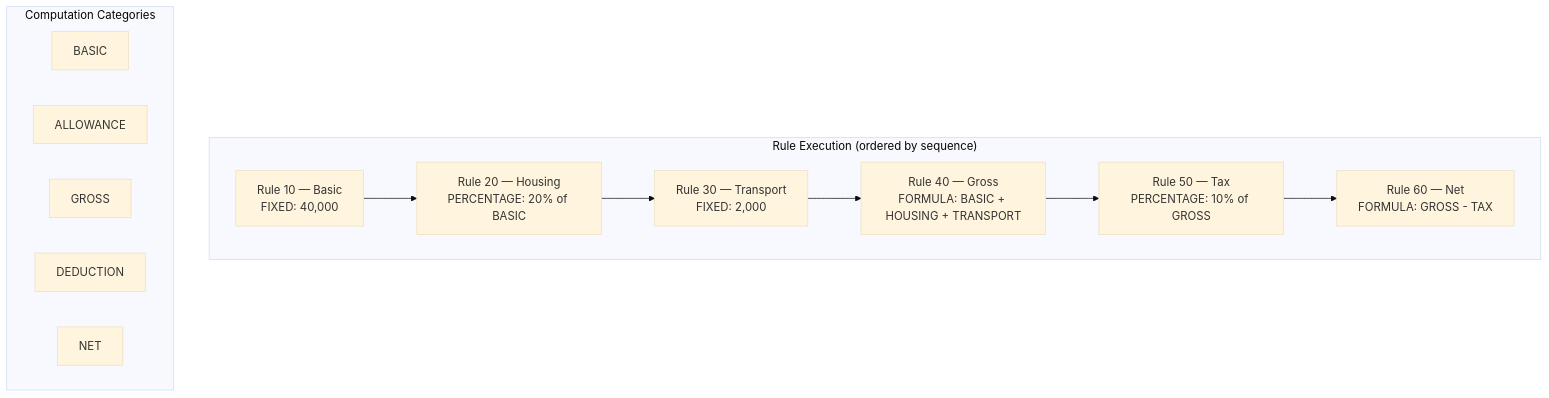
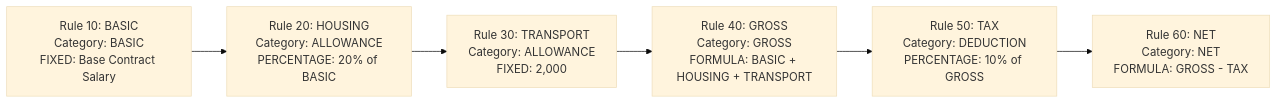
One commit to Parthparmar57/team_49_odoo_grand_final_hackathon changed the fifth of 6 diagrams in README.md. Above: the diagram before and after it, drawn with Mermaid (base theme). The commit also changed other lines of this file and 1 other file, not shown here.

````diff
--- a/README.md
+++ b/README.md
@@ -195,21 +184,8 @@
 ```mermaid
-flowchart TD
-    subgraph "Rule Execution (ordered by sequence)"
-        R1["Rule 10 — Basic<br/>FIXED: 40,000"]
-        R2["Rule 20 — Housing<br/>PERCENTAGE: 20% of BASIC"]
-        R3["Rule 30 — Transport<br/>FIXED: 2,000"]
-        R4["Rule 40 — Gross<br/>FORMULA: BASIC + HOUSING + TRANSPORT"]
-        R5["Rule 50 — Tax<br/>PERCENTAGE: 10% of GROSS"]
-        R6["Rule 60 — Net<br/>FORMULA: GROSS - TAX"]
-    end
-
-    R1 --> R2 --> R3 --> R4 --> R5 --> R6
-
-    subgraph "Computation Categories"
-        C1["BASIC"]
-        C2["ALLOWANCE"]
-        C3["GROSS"]
-        C4["DEDUCTION"]
-        C5["NET"]
-    end
+flowchart LR
+    R1["Rule 10: BASIC<br/>Category: BASIC<br/>FIXED: Base Contract Salary"] --> R2["Rule 20: HOUSING<br/>Category: ALLOWANCE<br/>PERCENTAGE: 20% of BASIC"]
+    R2 --> R3["Rule 30: TRANSPORT<br/>Category: ALLOWANCE<br/>FIXED: 2,000"]
+    R3 --> R4["Rule 40: GROSS<br/>Category: GROSS<br/>FORMULA: BASIC + HOUSING + TRANSPORT"]
+    R4 --> R5["Rule 50: TAX<br/>Category: DEDUCTION<br/>PERCENTAGE: 10% of GROSS"]
+    R5 --> R6["Rule 60: NET<br/>Category: NET<br/>FORMULA: GROSS - TAX"]
 ```
````
